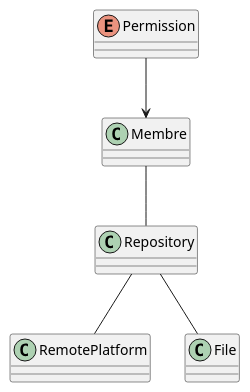
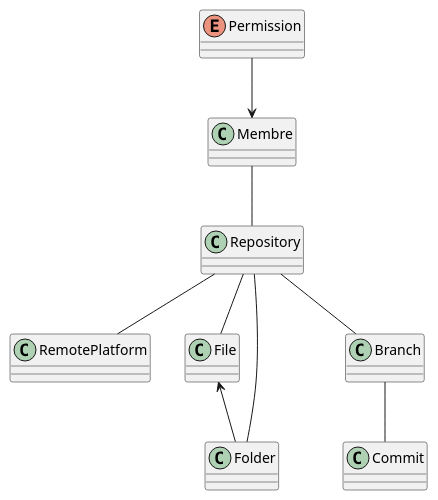
The diagram in README.md (DevGardenTeam/DevGarden), drawn with PlantUML before and after one commit.

Commit message:
Mise à jour de 'README.md'

````diff
--- a/README.md
+++ b/README.md
@@ -7,13 +7,22 @@
 ```plantuml
-enum Permission
 class Membre
 class Repository
 class RemotePlatform
 class File
+class Folder
+class Branch
+class Commit
+
+/' Enumeration '/
+enum Permission
 
 Permission --> Membre
 Membre -- Repository
 Repository -- RemotePlatform
 Repository -- File
+File <-- Folder
+Repository -- Folder
+Repository -- Branch
+Branch -- Commit
 
 ```
````
